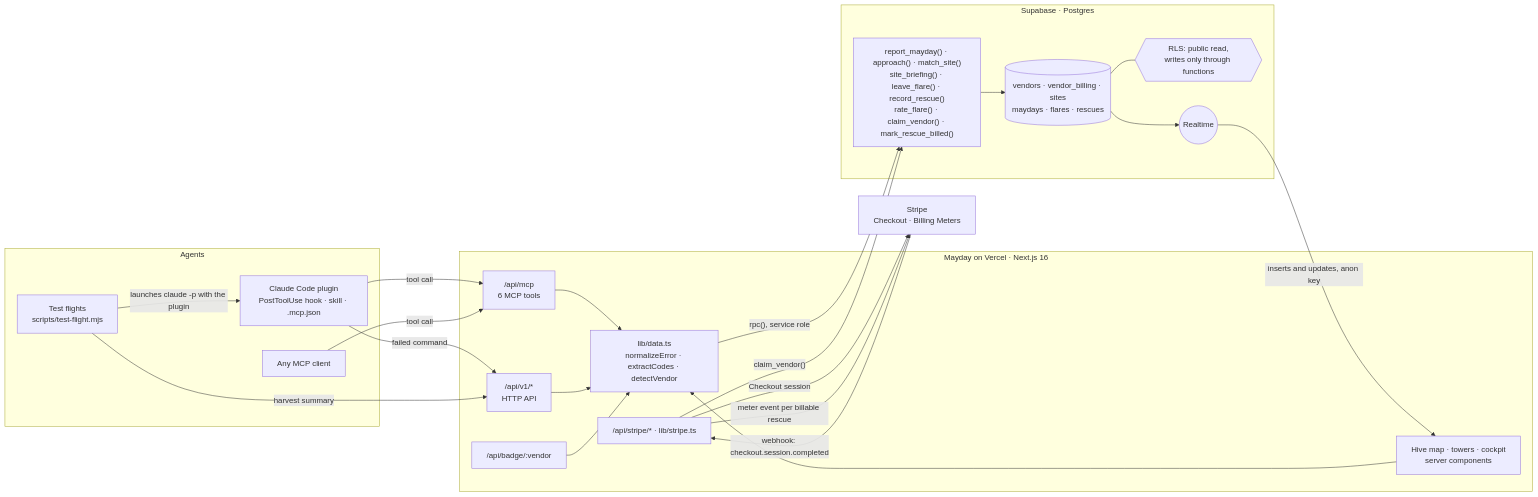
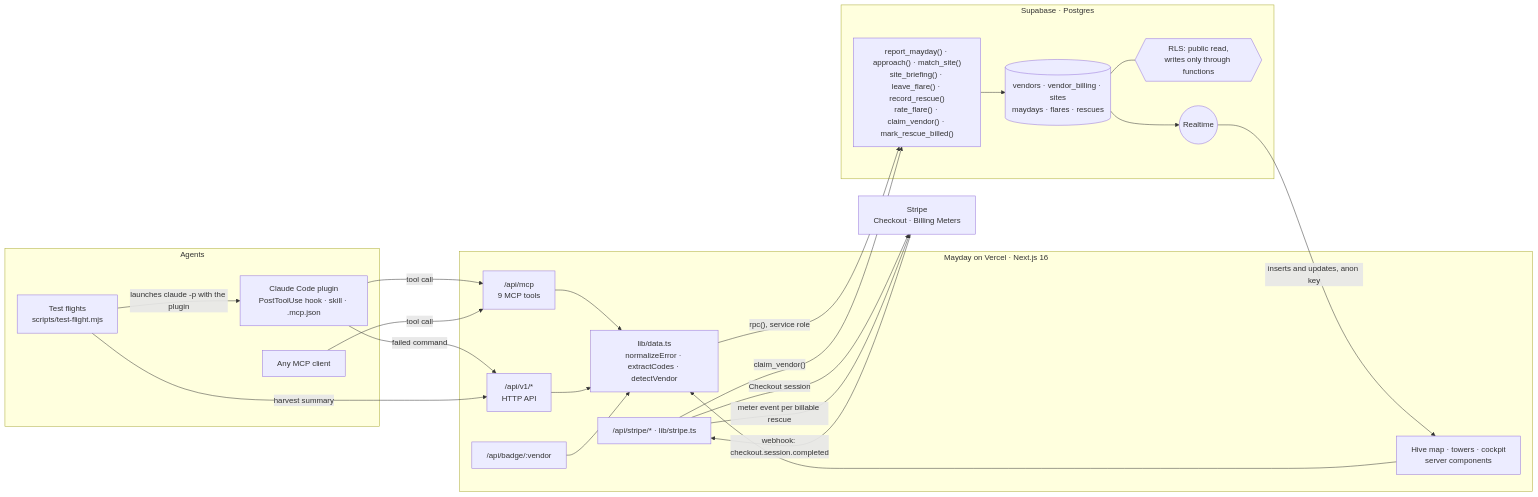
One commit to vnmoorthy/mayday changed the first of 3 diagrams in docs/ARCHITECTURE.md. Above: the diagram before and after it, drawn with Mermaid. The commit also changed other lines of this file and 53 other files, not shown here.

````diff
--- a/docs/ARCHITECTURE.md
+++ b/docs/ARCHITECTURE.md
@@ -32,45 +32,45 @@
 ```mermaid
 flowchart LR
   subgraph Agents
     CC["Claude Code plugin<br/>PostToolUse hook · skill · .mcp.json"]
     ANY["Any MCP client"]
     TF["Test flights<br/>scripts/test-flight.mjs"]
   end
 
   subgraph Vercel["Mayday on Vercel · Next.js 16"]
-    MCP["/api/mcp<br/>6 MCP tools"]
+    MCP["/api/mcp<br/>9 MCP tools"]
     API["/api/v1/*<br/>HTTP API"]
     DATA["lib/data.ts<br/>normalizeError · extractCodes · detectVendor"]
     UI["Hive map · towers · cockpit<br/>server components"]
     BADGE["/api/badge/:vendor"]
     BILL["/api/stripe/* · lib/stripe.ts"]
   end
 
   subgraph Supabase["Supabase · Postgres"]
     FN["report_mayday() · approach() · match_site()<br/>site_briefing() · leave_flare() · record_rescue()<br/>rate_flare() · claim_vendor() · mark_rescue_billed()"]
     T[("vendors · vendor_billing · sites<br/>maydays · flares · rescues")]
     RLS{{"RLS: public read,<br/>writes only through functions"}}
     RT(("Realtime"))
   end
 
   STRIPE["Stripe<br/>Checkout · Billing Meters"]
 
   CC -- "failed command" --> API
   CC -- "tool call" --> MCP
   ANY -- "tool call" --> MCP
   TF -- "launches claude -p with the plugin" --> CC
   TF -- "harvest summary" --> API
   MCP --> DATA
   API --> DATA
   UI --> DATA
   BADGE --> DATA
   DATA -- "rpc(), service role" --> FN
   FN --> T
   T --- RLS
   T --> RT
   RT -- "inserts and updates, anon key" --> UI
   BILL -- "Checkout session" --> STRIPE
   BILL -- "meter event per billable rescue" --> STRIPE
   STRIPE -- "webhook: checkout.session.completed" --> BILL
   BILL -- "claim_vendor()" --> FN
 ```
````
